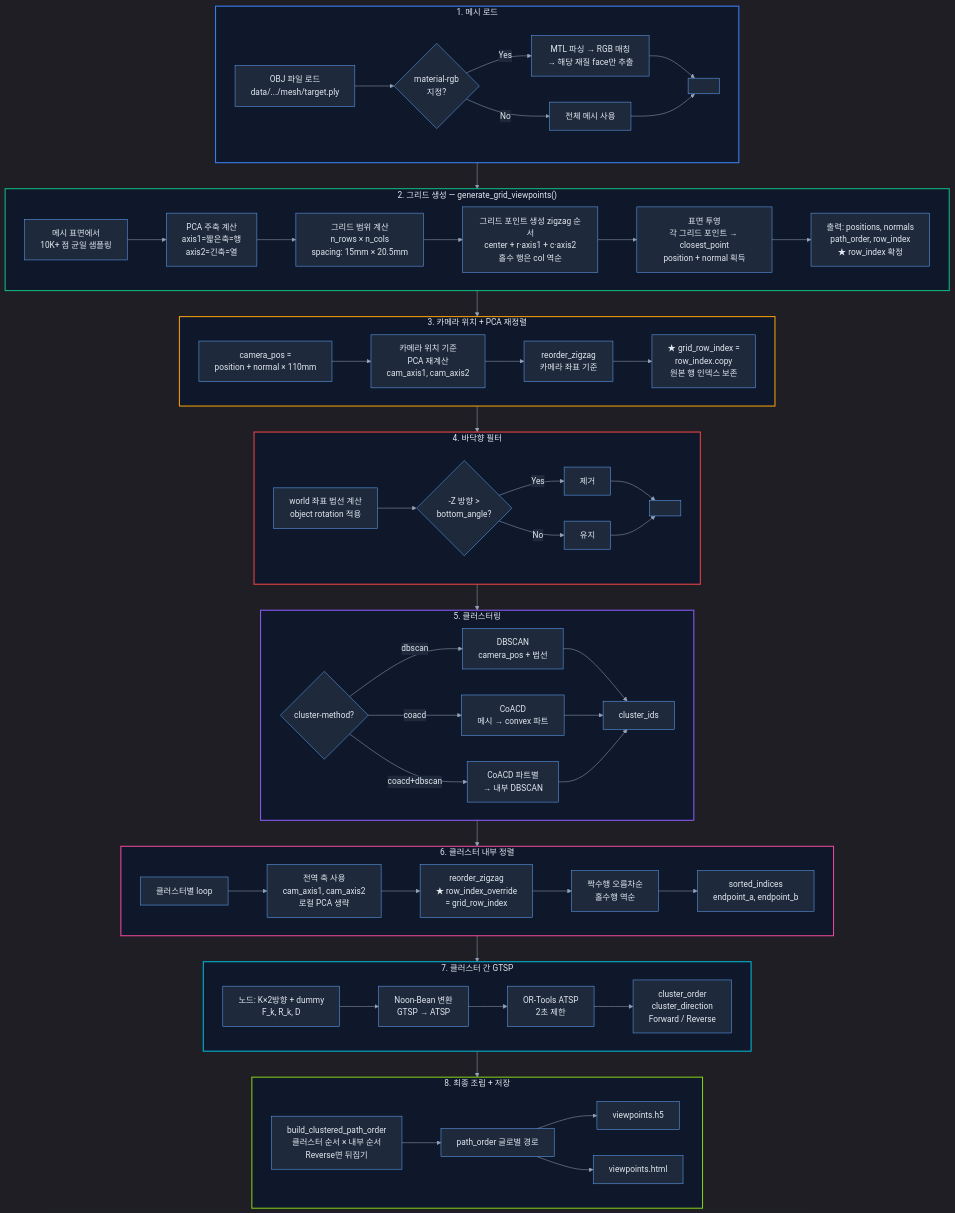
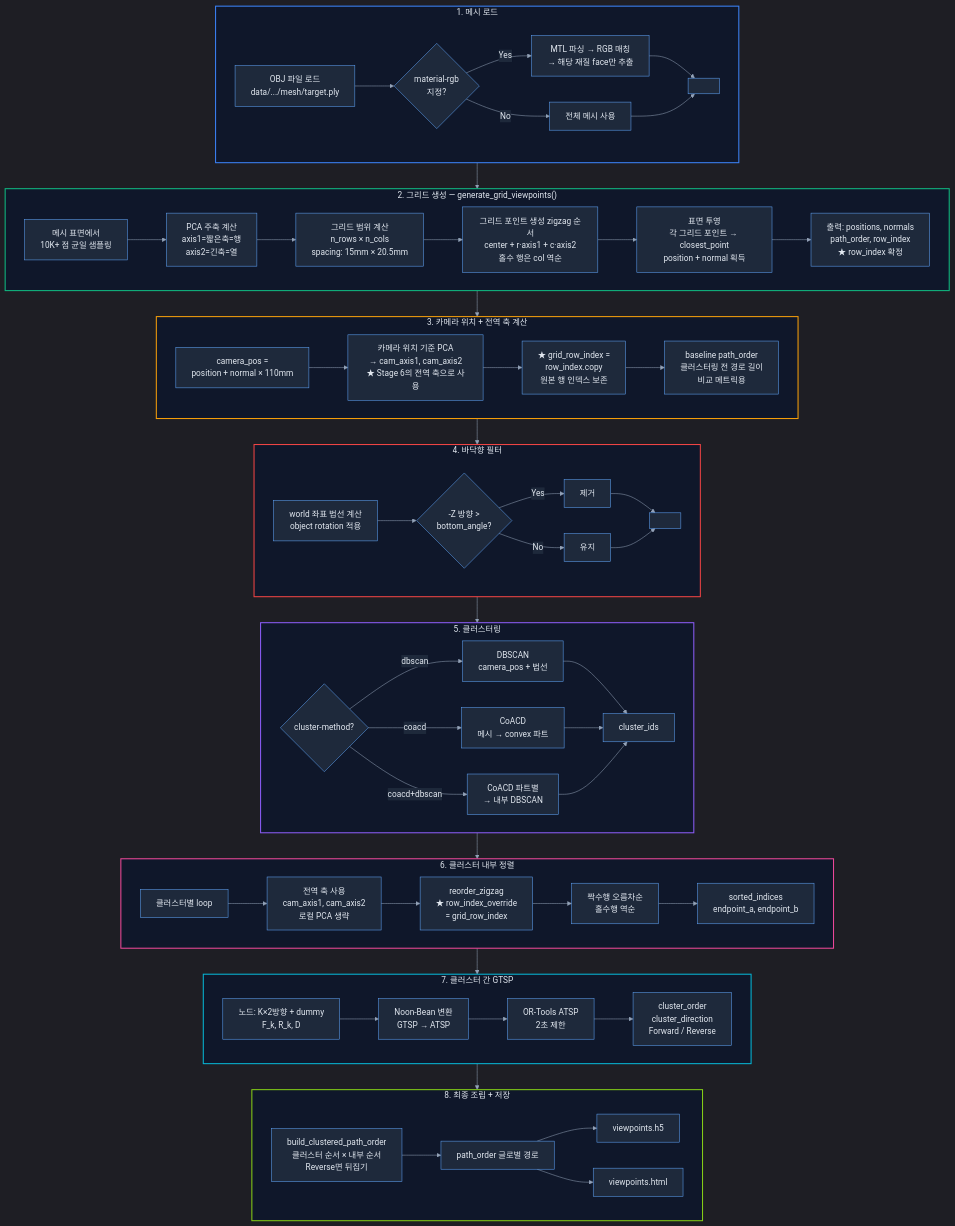
Before and after one commit to Sungjin-Park-dev/lg_sgu_vision_v2: the diagram in docs/generate_viewpoints_pipeline.md, drawn with Mermaid.

Commit message:
docs: clarify Stage 3 role in pipeline diagram
Stage 3 제목을 '카메라 위치 + 전역 축 계산'으로 변경.
핵심 역할(cam_axis1/2 → Stage 6 전역 축)을 명시하고,
zigzag 재정렬은 baseline 비교 메트릭용임을 표기.

````diff
--- a/docs/generate_viewpoints_pipeline.md
+++ b/docs/generate_viewpoints_pipeline.md
@@ -3,80 +3,80 @@
 ```mermaid
 %%{init: {'theme': 'dark', 'themeVariables': { 'primaryColor': '#3b82f6', 'primaryTextColor': '#f0f0f0', 'primaryBorderColor': '#60a5fa', 'secondaryColor': '#10b981', 'tertiaryColor': '#6366f1', 'lineColor': '#94a3b8', 'textColor': '#e2e8f0', 'mainBkg': '#1e293b', 'nodeBorder': '#60a5fa', 'clusterBkg': '#0f172a', 'clusterBorder': '#475569', 'edgeLabelBackground': '#1e293b' }}}%%
 
 flowchart TD
     subgraph Stage1["1. 메시 로드"]
         A1["OBJ 파일 로드<br>data/.../mesh/target.ply"] --> A2{"material-rgb<br>지정?"}
         A2 -- Yes --> A3["MTL 파싱 → RGB 매칭<br>→ 해당 재질 face만 추출"]
         A2 -- No --> A4["전체 메시 사용"]
         A3 --> A5[" "]
         A4 --> A5
     end
 
     subgraph Stage2["2. 그리드 생성 — generate_grid_viewpoints()"]
         B1["메시 표면에서<br>10K+ 점 균일 샘플링"] --> B2["PCA 주축 계산<br>axis1=짧은축=행<br>axis2=긴축=열"]
         B2 --> B3["그리드 범위 계산<br>n_rows × n_cols<br>spacing: 15mm × 20.5mm"]
         B3 --> B4["그리드 포인트 생성 zigzag 순서<br>center + r·axis1 + c·axis2<br>홀수 행은 col 역순"]
         B4 --> B5["표면 투영<br>각 그리드 포인트 → closest_point<br>position + normal 획득"]
         B5 --> B6["출력: positions, normals<br>path_order, row_index<br>★ row_index 확정"]
     end
 
-    subgraph Stage3["3. 카메라 위치 + PCA 재정렬"]
-        C1["camera_pos =<br>position + normal × 110mm"] --> C2["카메라 위치 기준<br>PCA 재계산<br>cam_axis1, cam_axis2"]
-        C2 --> C3["reorder_zigzag<br>카메라 좌표 기준"]
-        C3 --> C4["★ grid_row_index =<br>row_index.copy<br>원본 행 인덱스 보존"]
+    subgraph Stage3["3. 카메라 위치 + 전역 축 계산"]
+        C1["camera_pos =<br>position + normal × 110mm"] --> C2["카메라 위치 기준 PCA<br>→ cam_axis1, cam_axis2<br>★ Stage 6의 전역 축으로 사용"]
+        C2 --> C3["★ grid_row_index =<br>row_index.copy<br>원본 행 인덱스 보존"]
+        C3 --> C4["baseline path_order<br>클러스터링 전 경로 길이<br>비교 메트릭용"]
     end
 
     subgraph Stage4["4. 바닥향 필터"]
         D1["world 좌표 법선 계산<br>object rotation 적용"] --> D2{"-Z 방향 ><br>bottom_angle?"}
         D2 -- Yes --> D3["제거"]
         D2 -- No --> D4["유지"]
         D3 --> D5[" "]
         D4 --> D5
     end
 
     subgraph Stage5["5. 클러스터링"]
         E1{"cluster-method?"}
         E1 -- dbscan --> E2["DBSCAN<br>camera_pos + 법선"]
         E1 -- coacd --> E3["CoACD<br>메시 → convex 파트"]
         E1 -- coacd+dbscan --> E4["CoACD 파트별<br>→ 내부 DBSCAN"]
         E2 --> E5["cluster_ids"]
         E3 --> E5
         E4 --> E5
     end
 
     subgraph Stage6["6. 클러스터 내부 정렬"]
         F1["클러스터별 loop"] --> F2["전역 축 사용<br>cam_axis1, cam_axis2<br>로컬 PCA 생략"]
         F2 --> F3["reorder_zigzag<br>★ row_index_override<br>= grid_row_index"]
         F3 --> F4["짝수행 오름차순<br>홀수행 역순"]
         F4 --> F5["sorted_indices<br>endpoint_a, endpoint_b"]
     end
 
     subgraph Stage7["7. 클러스터 간 GTSP"]
         G1["노드: K×2방향 + dummy<br>F_k, R_k, D"] --> G2["Noon-Bean 변환<br>GTSP → ATSP"]
         G2 --> G3["OR-Tools ATSP<br>2초 제한"]
         G3 --> G4["cluster_order<br>cluster_direction<br>Forward / Reverse"]
     end
 
     subgraph Stage8["8. 최종 조립 + 저장"]
         H1["build_clustered_path_order<br>클러스터 순서 × 내부 순서<br>Reverse면 뒤집기"] --> H2["path_order 글로벌 경로"]
         H2 --> H3["viewpoints.h5"]
         H2 --> H4["viewpoints.html"]
     end
 
     Stage1 --> Stage2
     Stage2 --> Stage3
     Stage3 --> Stage4
     Stage4 --> Stage5
     Stage5 --> Stage6
     Stage6 --> Stage7
     Stage7 --> Stage8
 
     style Stage1 fill:#0f172a,stroke:#3b82f6,stroke-width:2px,color:#e2e8f0
     style Stage2 fill:#0f172a,stroke:#10b981,stroke-width:2px,color:#e2e8f0
     style Stage3 fill:#0f172a,stroke:#f59e0b,stroke-width:2px,color:#e2e8f0
     style Stage4 fill:#0f172a,stroke:#ef4444,stroke-width:2px,color:#e2e8f0
     style Stage5 fill:#0f172a,stroke:#8b5cf6,stroke-width:2px,color:#e2e8f0
     style Stage6 fill:#0f172a,stroke:#ec4899,stroke-width:2px,color:#e2e8f0
     style Stage7 fill:#0f172a,stroke:#06b6d4,stroke-width:2px,color:#e2e8f0
     style Stage8 fill:#0f172a,stroke:#84cc16,stroke-width:2px,color:#e2e8f0
 ```
````
